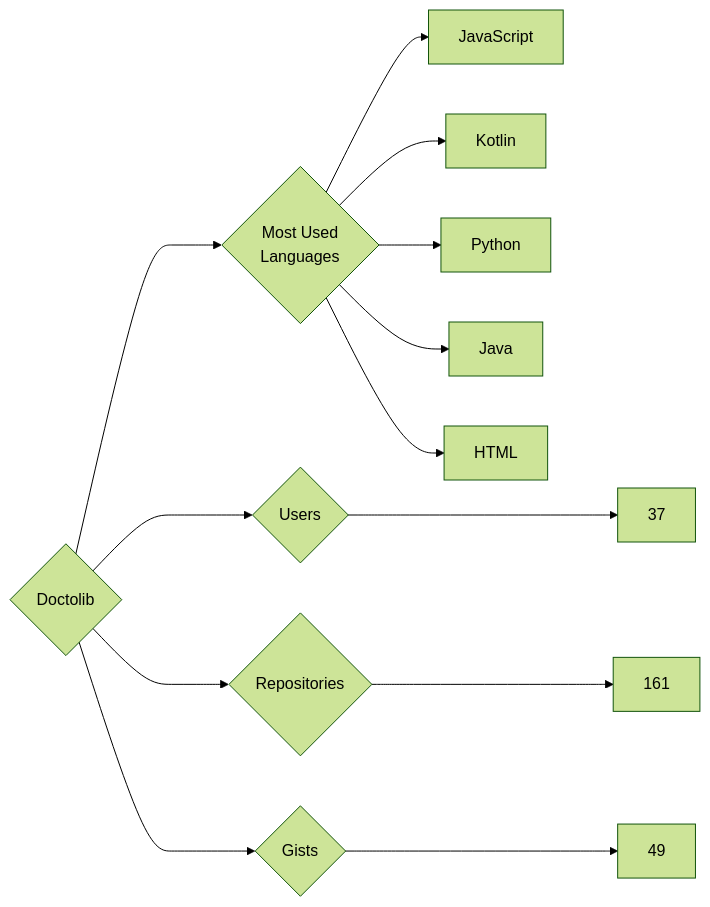
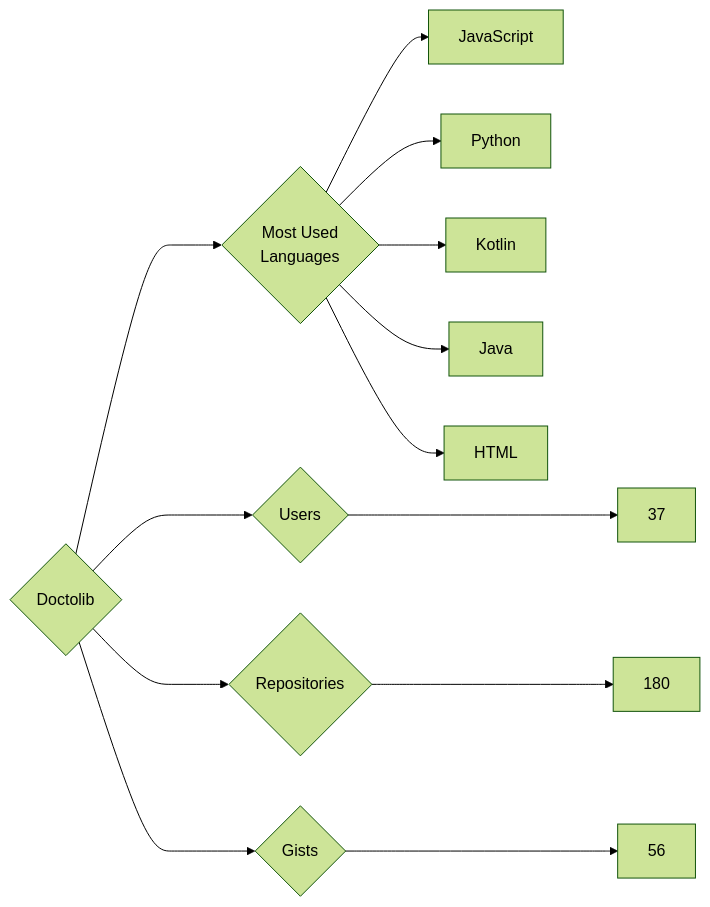
The diagram in targets/Doctolib/README.md (trickest/insiders), drawn with Mermaid (forest theme) before and after one commit. The commit also changed 1007 other files, not shown here.

````diff
--- a/targets/Doctolib/README.md
+++ b/targets/Doctolib/README.md
@@ -3,13 +3,13 @@
 ```mermaid
 graph LR
 COMPANY_NAME{Doctolib}
 COMPANY_NAME ---> U{Users} ---> UN[37]
-COMPANY_NAME ---> R{Repositories} ---> RN[161]
-COMPANY_NAME ---> G{Gists} ---> GN[49]
+COMPANY_NAME ---> R{Repositories} ---> RN[180]
+COMPANY_NAME ---> G{Gists} ---> GN[56]
 COMPANY_NAME ---> ML{Most Used<br>Languages}
 ML --> JavaScript[JavaScript]
+ML --> Python[Python]
 ML --> Kotlin[Kotlin]
-ML --> Python[Python]
 ML --> Java[Java]
 ML --> HTML[HTML]
 ```
````
